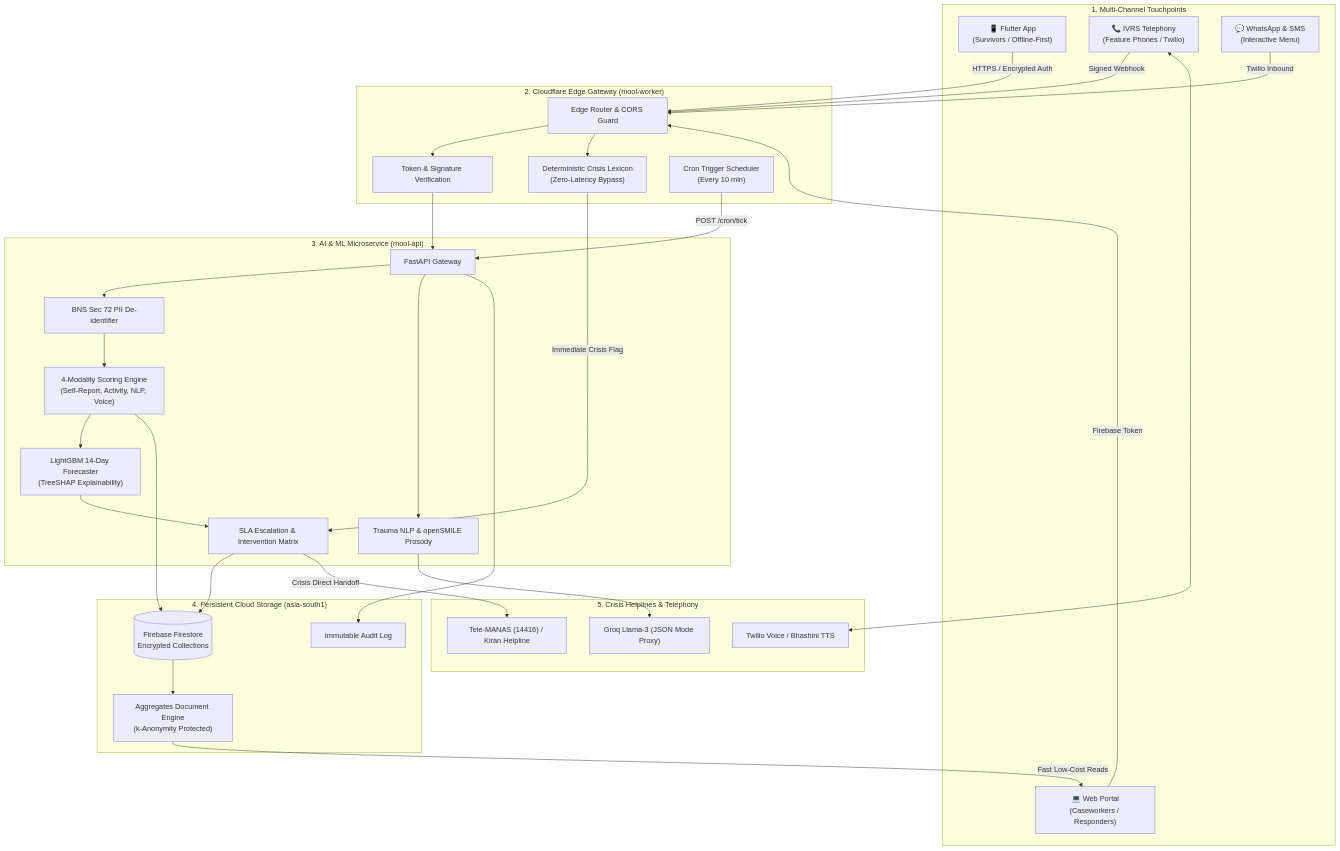
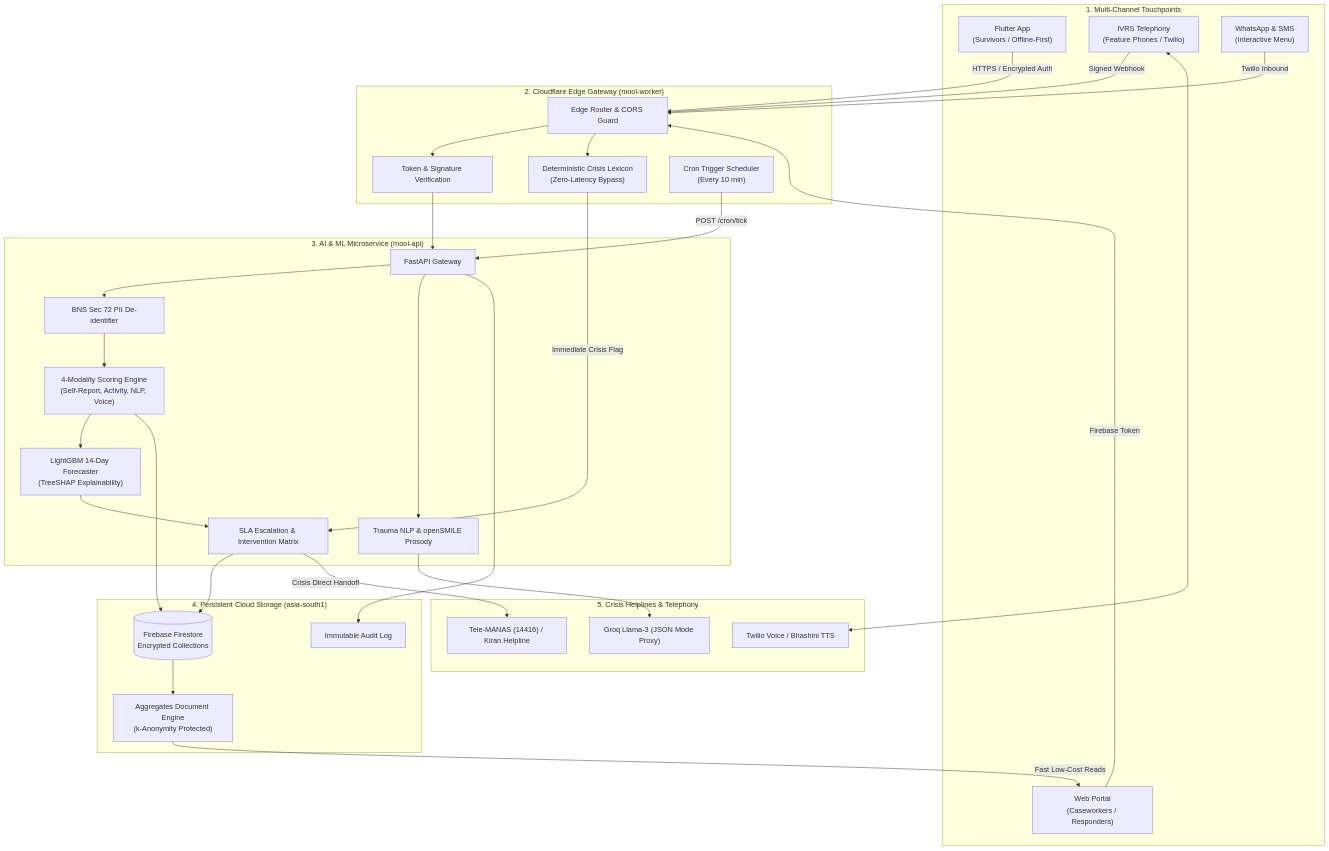
One commit to omshree134/mool changed the first of 3 diagrams in README.md. Above: the diagram before and after it, drawn with Mermaid. The commit also changed other lines of this file, not shown here.

````diff
--- a/README.md
+++ b/README.md
@@ -90,61 +90,61 @@
 ```mermaid
 flowchart TD
     subgraph Clients["1. Multi-Channel Touchpoints"]
-        A["📱 Flutter App<br/>(Survivors / Offline-First)"]
-        B["💻 Web Portal<br/>(Caseworkers / Responders)"]
-        C["📞 IVRS Telephony<br/>(Feature Phones / Twilio)"]
-        D["💬 WhatsApp & SMS<br/>(Interactive Menu)"]
+        A["Flutter App<br/>(Survivors / Offline-First)"]
+        B["Web Portal<br/>(Caseworkers / Responders)"]
+        C["IVRS Telephony<br/>(Feature Phones / Twilio)"]
+        D["WhatsApp & SMS<br/>(Interactive Menu)"]
     end
 
     subgraph EdgeTier["2. Cloudflare Edge Gateway (mool-worker)"]
         E["Edge Router & CORS Guard"]
         F["Deterministic Crisis Lexicon<br/>(Zero-Latency Bypass)"]
         G["Token & Signature Verification"]
         H["Cron Trigger Scheduler<br/>(Every 10 min)"]
     end
 
     subgraph BackendTier["3. AI & ML Microservice (mool-api)"]
         I["FastAPI Gateway"]
         J["BNS Sec 72 PII De-identifier"]
         K["4-Modality Scoring Engine<br/>(Self-Report, Activity, NLP, Voice)"]
         L["LightGBM 14-Day Forecaster<br/>(TreeSHAP Explainability)"]
         M["SLA Escalation & Intervention Matrix"]
         N["Trauma NLP & openSMILE Prosody"]
     end
 
     subgraph DataTier["4. Persistent Cloud Storage (asia-south1)"]
         O[("Firebase Firestore<br/>Encrypted Collections")]
         P["Aggregates Document Engine<br/>(k-Anonymity Protected)"]
         Q["Immutable Audit Log"]
     end
 
     subgraph ExternalServices["5. Crisis Helplines & Telephony"]
         R["Twilio Voice / Bhashini TTS"]
         S["Tele-MANAS (14416) / Kiran Helpline"]
         T["Groq Llama-3 (JSON Mode Proxy)"]
     end
 
     A -->|"HTTPS / Encrypted Auth"| E
     B -->|"Firebase Token"| E
     C -->|"Signed Webhook"| E
     D -->|"Twilio Inbound"| E
 
     E --> G --> I
     E --> F
     F -->|"Immediate Crisis Flag"| M
     H -->|"POST /cron/tick"| I
 
     I --> J --> K
     K --> L
     L --> M
     I --> N
     N --> T
     C <--> R
 
     K --> O
     M --> O
     O --> P
     M -->|"Crisis Direct Handoff"| S
     I --> Q
     P -->|"Fast Low-Cost Reads"| B
 ```
````
